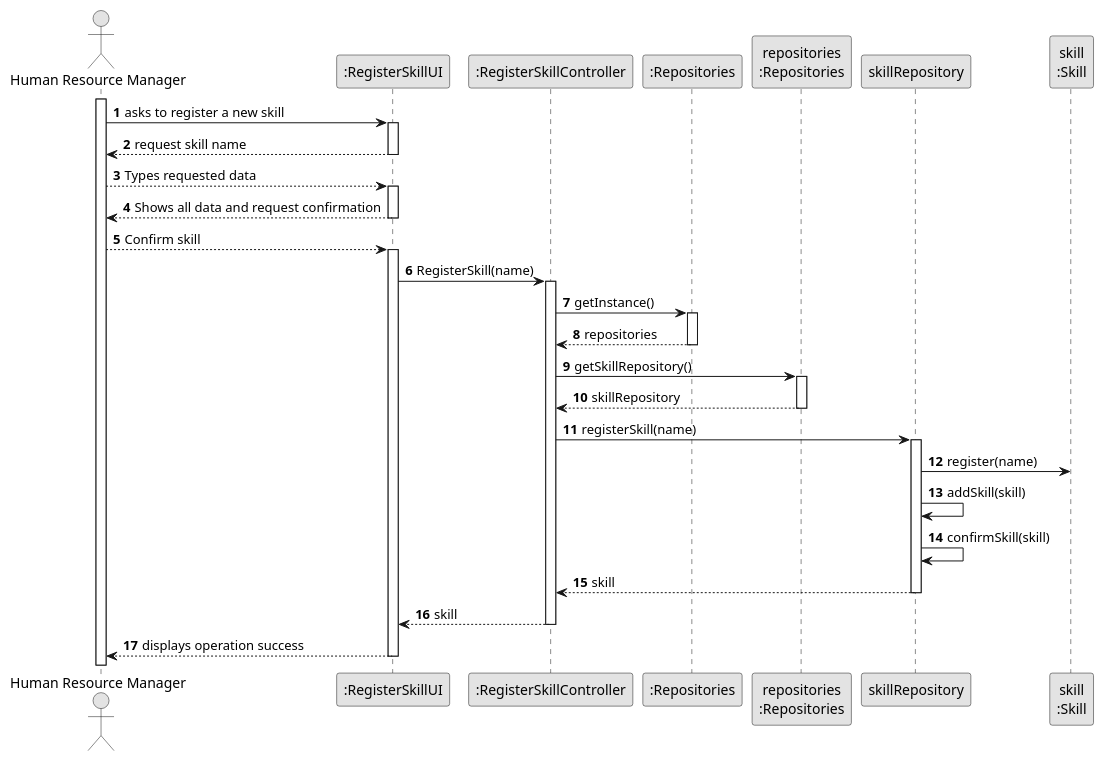
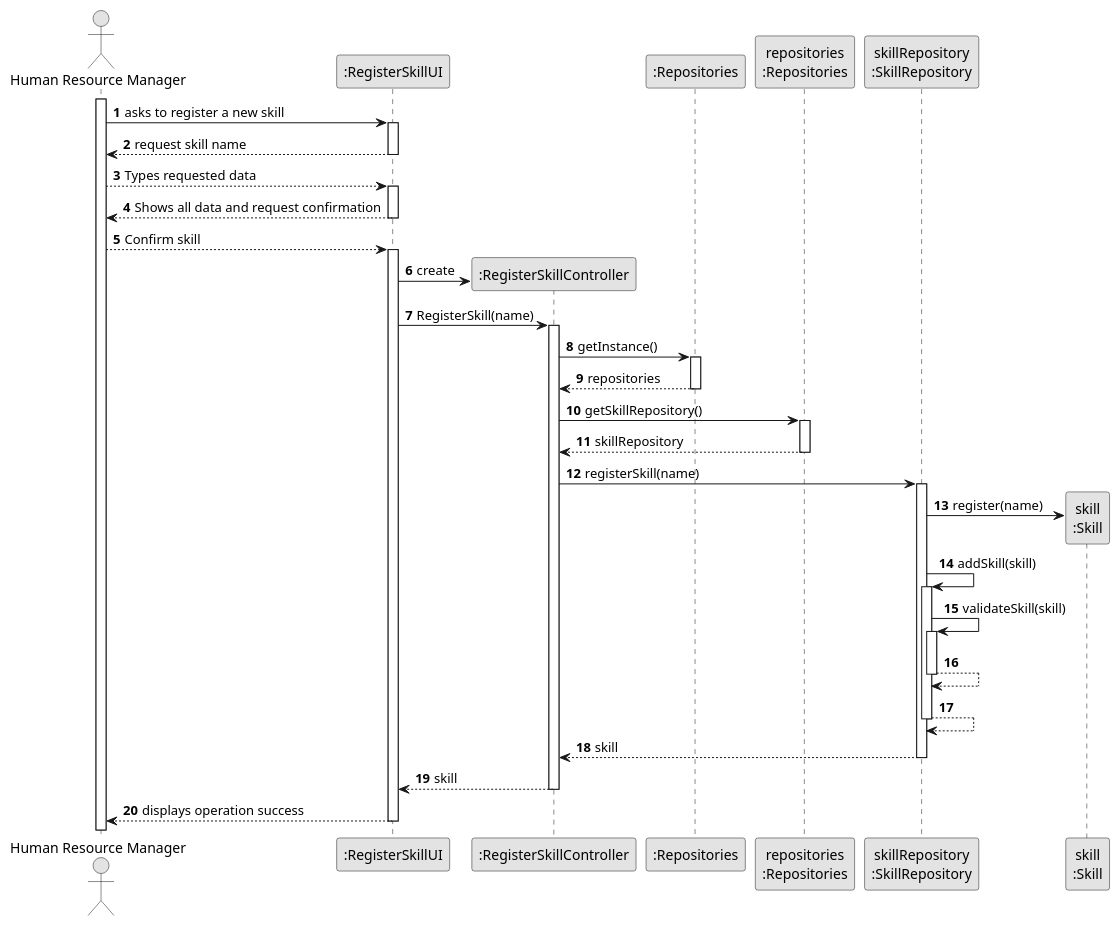
The diagram in docs/sprintB/us001/03.design/puml/us001-sequence-diagram-full.puml (Departamento-de-Engenharia-Informatica/lei-24-s2-1dkl-g134), drawn with PlantUML before and after one commit. The commit also changed 1 other file, not shown here.

```diff
--- a/docs/sprintB/us001/03.design/puml/us001-sequence-diagram-full.puml
+++ b/docs/sprintB/us001/03.design/puml/us001-sequence-diagram-full.puml
@@ -1,80 +1,90 @@
 @startuml
 skinparam monochrome true
 skinparam packageStyle rectangle
 skinparam shadowing false
 
 autonumber
 
 'hide footbox
 actor "Human Resource Manager" as HRM
 participant ":RegisterSkillUI" as UI
 participant ":RegisterSkillController" as CTRL
 participant ":Repositories" as RepositorySingleton
 participant "repositories\n:Repositories" as PLAT
-participant "skillRepository" as SR
+participant "skillRepository\n:SkillRepository" as SR
 participant "skill\n:Skill" as S
 
 
 activate HRM
 
         HRM -> UI : asks to register a new skill
 
         activate UI
 
 '            UI --> ADM : requests data (reference, description,  informal \n description, technical description, duration, cost)
             'create CTRL
 
             UI --> HRM : request skill name
 
          deactivate UI
 
             HRM --> UI : Types requested data
 
          activate UI
 
            UI --> HRM : Shows all data and request confirmation
 
          deactivate UI
 
             HRM --> UI : Confirm skill
 
          activate UI
 
+            UI -> CTRL**: create
+
             UI -> CTRL : RegisterSkill(name)
             activate CTRL
 
                 CTRL -> RepositorySingleton : getInstance()
                 activate RepositorySingleton
 
                     RepositorySingleton --> CTRL: repositories
                 deactivate RepositorySingleton
 
 
             CTRL-> PLAT : getSkillRepository()
                         activate PLAT
 
             PLAT --> CTRL : skillRepository
                          deactivate PLAT
 
             CTRL -> SR : registerSkill(name)
                         activate SR
 
-            SR -> S : register(name)
+            SR -> S** : register(name)
 
 
             SR ->SR : addSkill(skill)
+            activate SR
 
-            SR->SR : confirmSkill(skill)
+            SR->SR : validateSkill(skill)
+            activate SR
+
+            SR --> SR
+            deactivate SR
+
+            SR --> SR
+            deactivate SR
 
             SR--->CTRL : skill
 
                         deactivate SR
             CTRL ---> UI : skill
                         deactivate CTRL
 
             UI ---> HRM : displays operation success
                         deactivate UI
 
 
 
 @enduml
```
